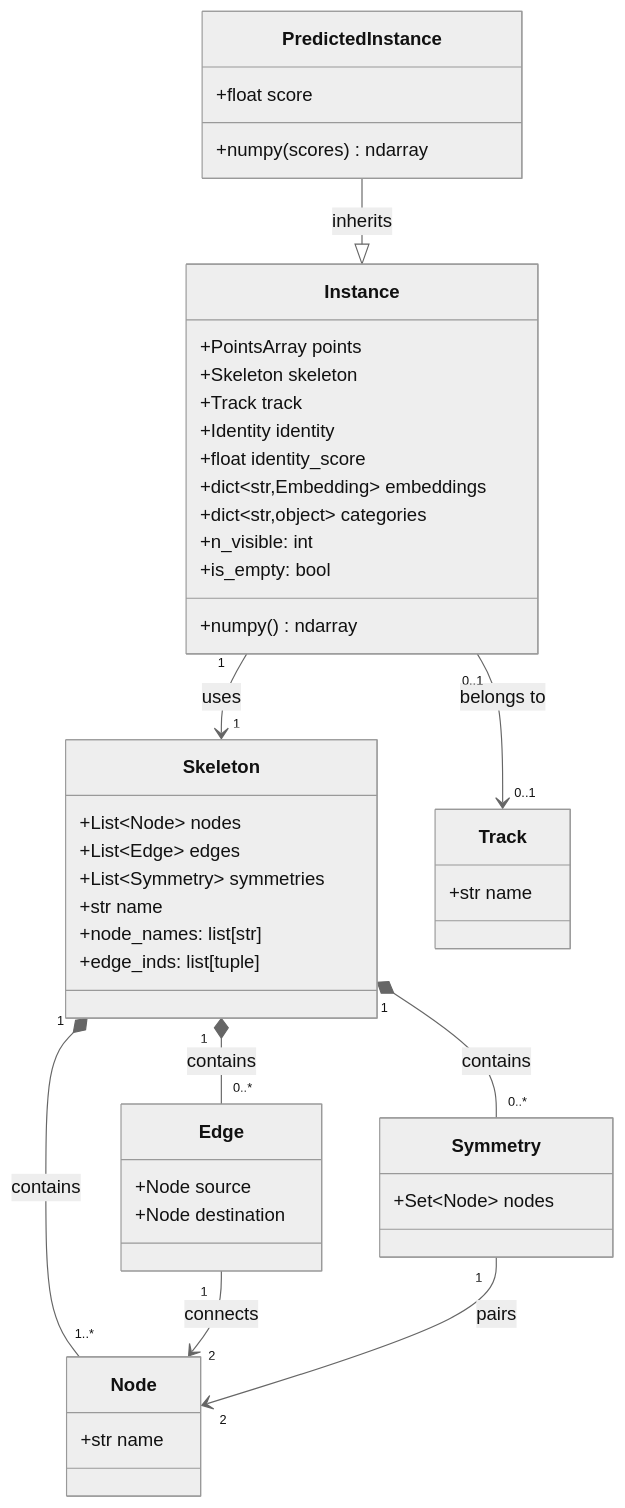
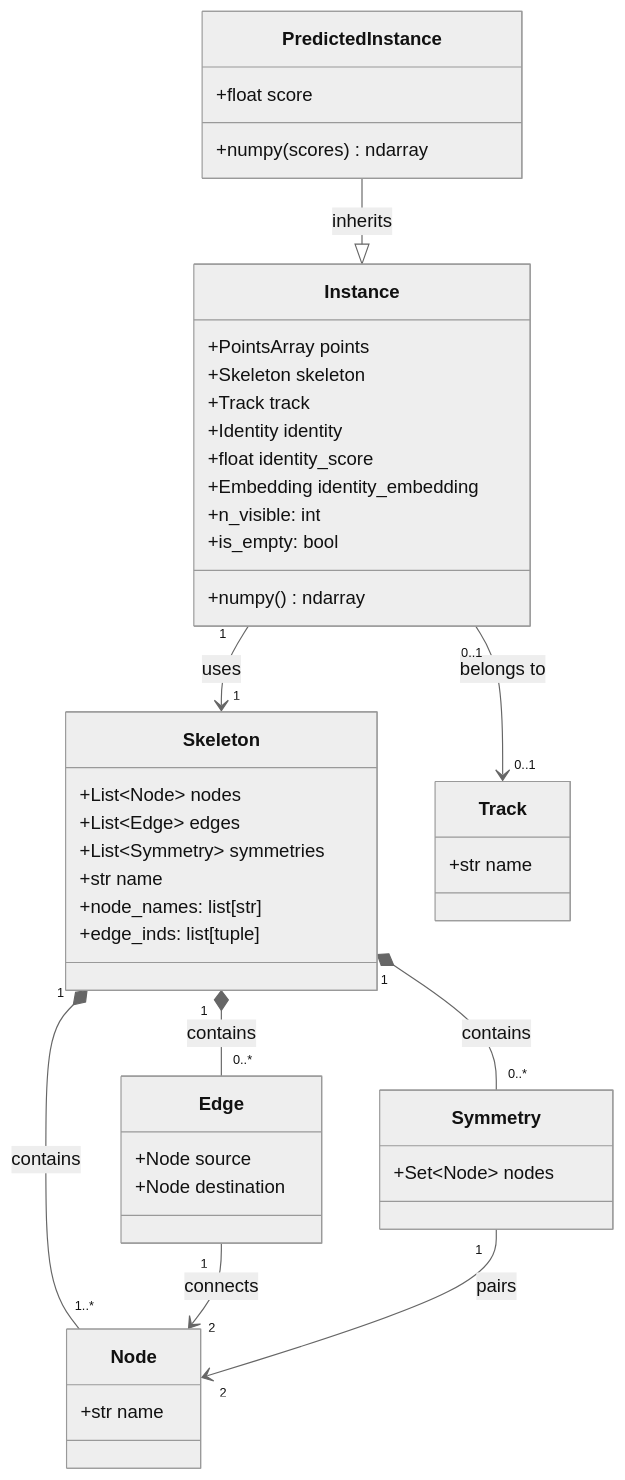
Before and after one commit to talmolab/sleap-io: the diagram in docs/model/poses.md, drawn with Mermaid (neutral theme). The commit also changed other lines of this file and 35 other files, not shown here.

First line of the commit message:
refactor(model,io): simplify re-ID identity/embedding data model (#535)

````diff
--- a/docs/model/poses.md
+++ b/docs/model/poses.md
@@ -375,56 +375,55 @@
 ``` mermaid
 classDiagram
     class Skeleton {
         +List~Node~ nodes
         +List~Edge~ edges
         +List~Symmetry~ symmetries
         +str name
         +node_names: list[str]
         +edge_inds: list[tuple]
     }
 
     class Node {
         +str name
     }
 
     class Edge {
         +Node source
         +Node destination
     }
 
     class Symmetry {
         +Set~Node~ nodes
     }
 
     class Instance {
         +PointsArray points
         +Skeleton skeleton
         +Track track
         +Identity identity
         +float identity_score
-        +dict~str,Embedding~ embeddings
-        +dict~str,object~ categories
+        +Embedding identity_embedding
         +numpy() ndarray
         +n_visible: int
         +is_empty: bool
     }
 
     class PredictedInstance {
         +float score
         +numpy(scores) ndarray
     }
 
     class Track {
         +str name
     }
 
     Skeleton "1" *-- "1..*" Node : contains
     Skeleton "1" *-- "0..*" Edge : contains
     Skeleton "1" *-- "0..*" Symmetry : contains
     Edge "1" --> "2" Node : connects
     Symmetry "1" --> "2" Node : pairs
 
     Instance "1" --> "1" Skeleton : uses
     Instance "0..1" --> "0..1" Track : belongs to
     PredictedInstance --|> Instance : inherits
 ```
````
